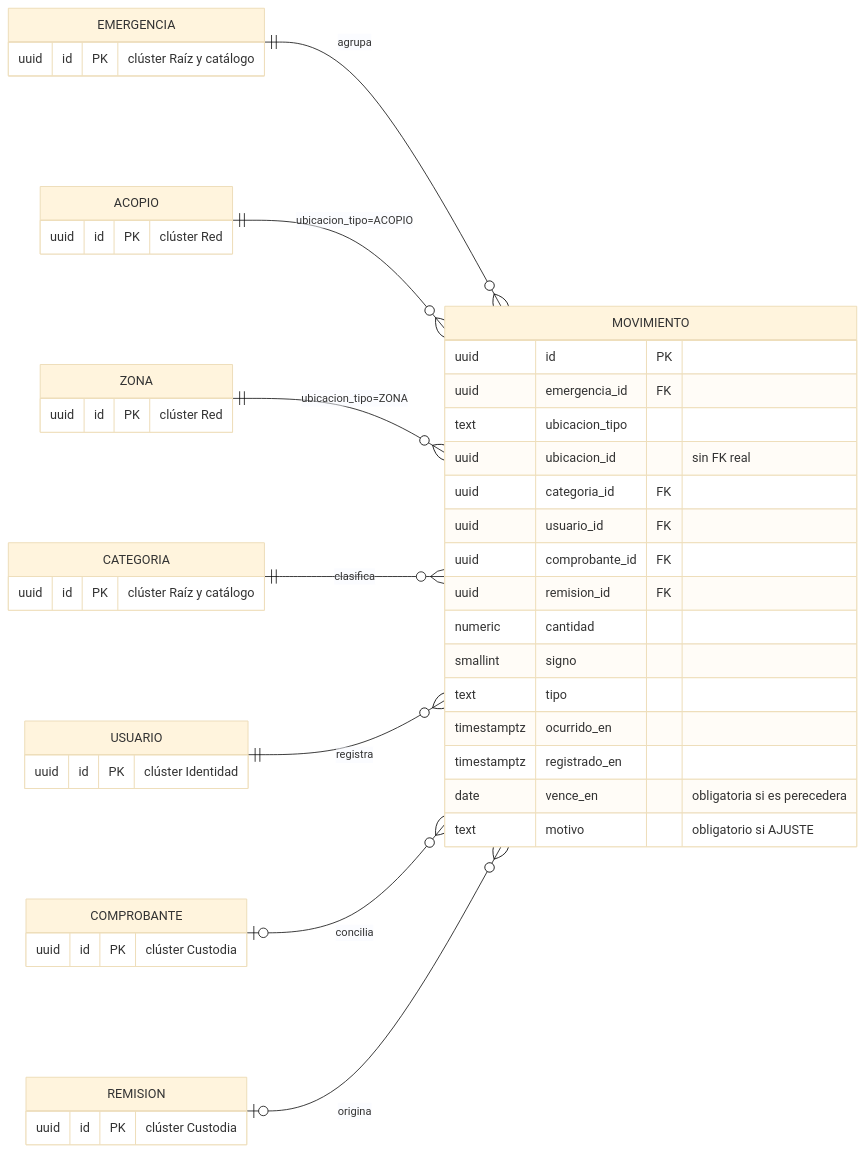
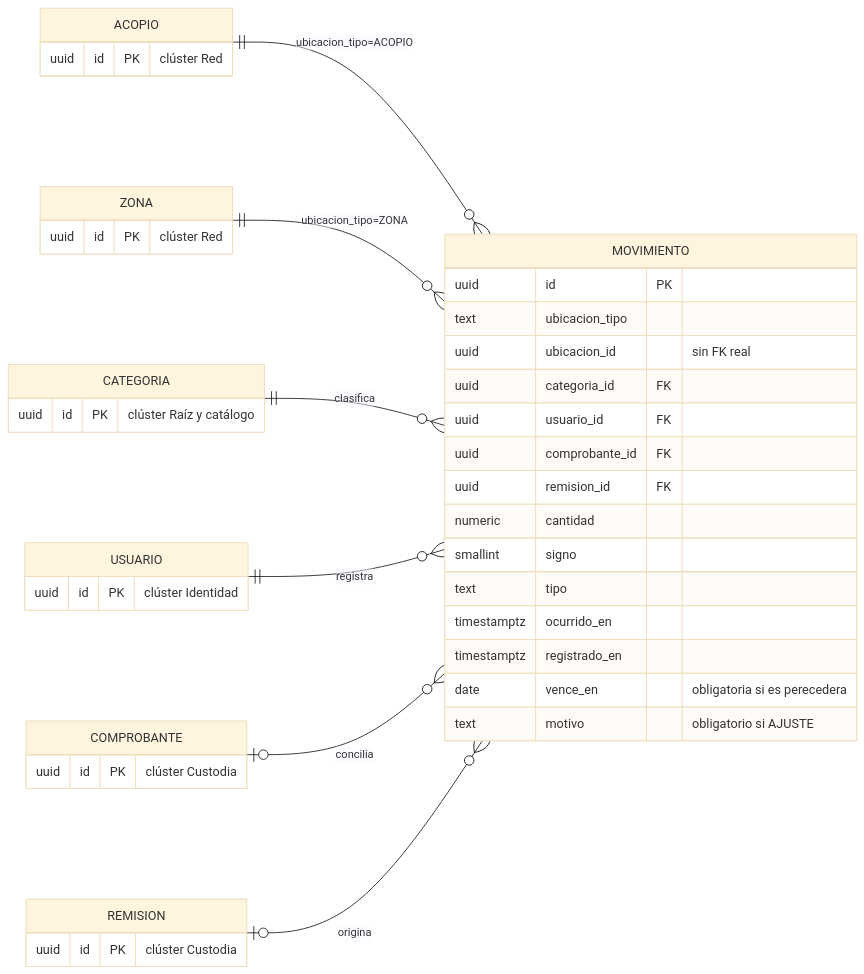
The third of 8 diagrams in docs/02-arquitectura/modelo-datos.md (Proyecto-IngSoftware/acopio), drawn with Mermaid (base theme) before and after one commit. The commit also changed other lines of this file and 11 other files, not shown here.

````diff
--- a/docs/02-arquitectura/modelo-datos.md
+++ b/docs/02-arquitectura/modelo-datos.md
@@ -533,50 +557,45 @@
 ```mermaid
 erDiagram
     direction LR
-    EMERGENCIA ||--o{ MOVIMIENTO : agrupa
     ACOPIO ||--o{ MOVIMIENTO : "ubicacion_tipo=ACOPIO"
     ZONA   ||--o{ MOVIMIENTO : "ubicacion_tipo=ZONA"
     CATEGORIA ||--o{ MOVIMIENTO : clasifica
     USUARIO ||--o{ MOVIMIENTO : registra
     COMPROBANTE |o--o{ MOVIMIENTO : concilia
     REMISION    |o--o{ MOVIMIENTO : origina
 
     ACOPIO {
         uuid id PK "clúster Red"
     }
     ZONA {
         uuid id PK "clúster Red"
     }
     CATEGORIA {
         uuid id PK "clúster Raíz y catálogo"
     }
     USUARIO {
         uuid id PK "clúster Identidad"
     }
     COMPROBANTE {
         uuid id PK "clúster Custodia"
     }
     REMISION {
         uuid id PK "clúster Custodia"
     }
-    EMERGENCIA {
-        uuid id PK "clúster Raíz y catálogo"
-    }
     MOVIMIENTO {
         uuid id PK
-        uuid emergencia_id FK
         text ubicacion_tipo
         uuid ubicacion_id "sin FK real"
         uuid categoria_id FK
         uuid usuario_id FK
         uuid comprobante_id FK
         uuid remision_id FK
         numeric cantidad
         smallint signo
         text tipo
         timestamptz ocurrido_en
         timestamptz registrado_en
         date vence_en "obligatoria si es perecedera"
         text motivo "obligatorio si AJUSTE"
     }
 ```
````
